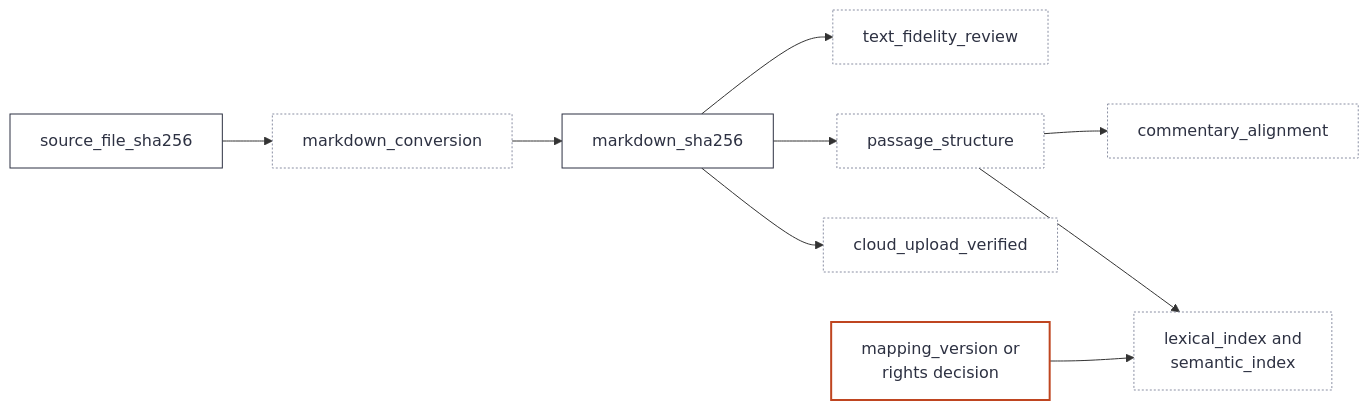
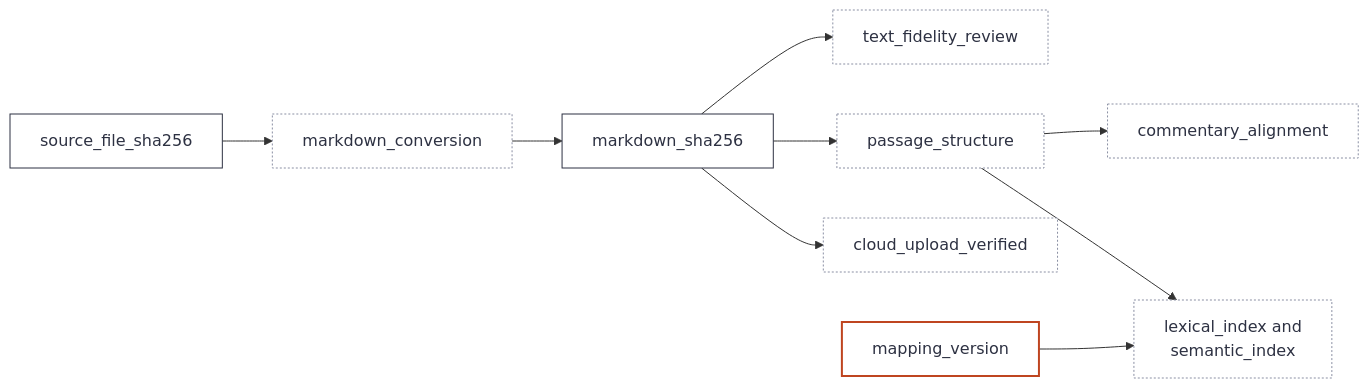
Before and after one commit to aispanda/scripture-source-catalog: the fourth of 5 diagrams in docs/scripture-catalog-ingestion-and-rag-design.md, drawn with Mermaid. The commit also changed other lines of this file, not shown here.

````diff
--- a/docs/scripture-catalog-ingestion-and-rag-design.md
+++ b/docs/scripture-catalog-ingestion-and-rag-design.md
@@ -571,15 +571,15 @@
 ```mermaid
 flowchart LR
   src["source_file_sha256"]:::actual --> conv["markdown_conversion"]:::proposed
   conv --> md["markdown_sha256"]:::actual
   md --> fid["text_fidelity_review"]:::proposed
   md --> psg["passage_structure"]:::proposed
   md --> cv["cloud_upload_verified"]:::proposed
   psg --> ali["commentary_alignment"]:::proposed
   psg --> idx["lexical_index and<br/>semantic_index"]:::proposed
-  map["mapping_version or<br/>rights decision"]:::focal --> idx
+  map["mapping_version"]:::focal --> idx
   classDef actual fill:#ffffff,stroke:#2d3142,stroke-width:1px,color:#2d3142
   classDef draft fill:#ffffff,stroke:#2d3142,stroke-width:1px,stroke-dasharray:6 3,color:#2d3142
   classDef proposed fill:#ffffff,stroke:#8a8fa3,stroke-width:1px,stroke-dasharray:2 2,color:#2d3142
   classDef focal fill:#ffffff,stroke:#bf4520,stroke-width:2px,color:#2d3142
 ```
````
